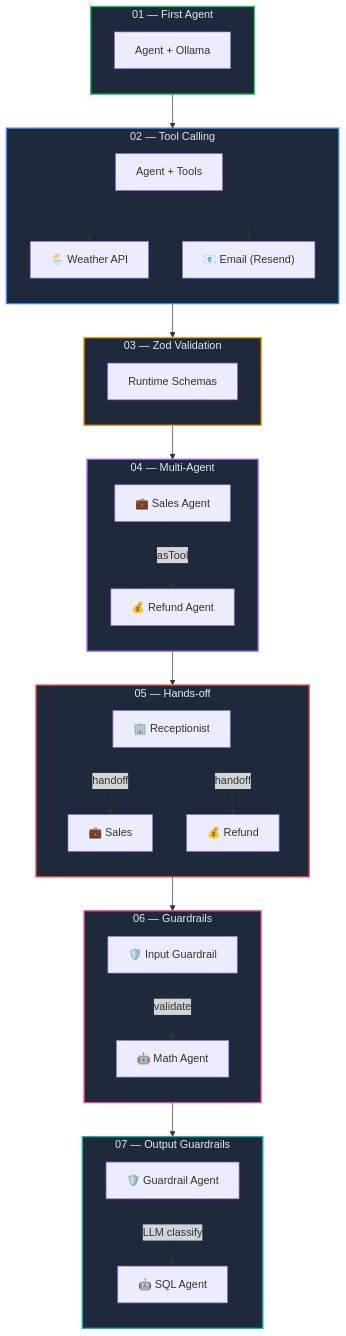
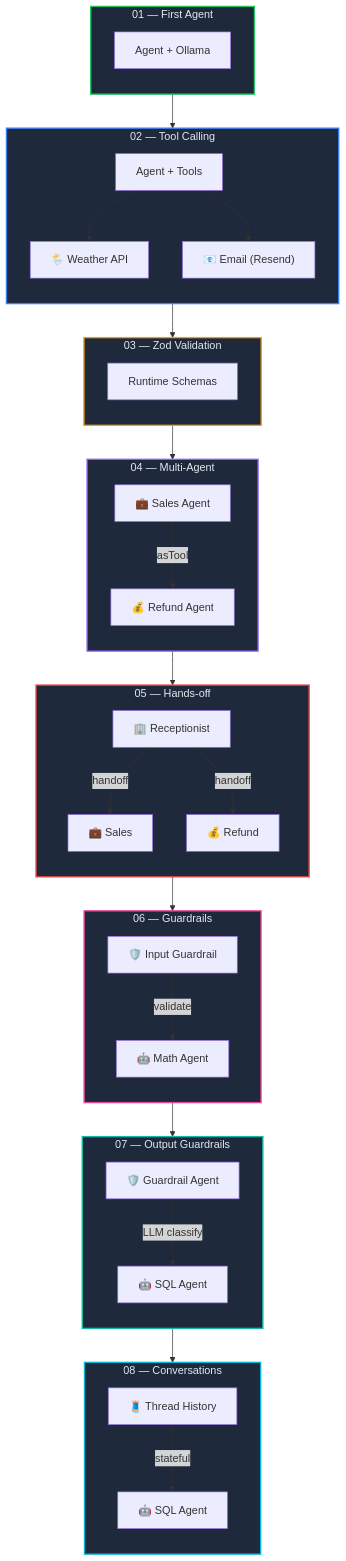
The second of 2 diagrams in 2. Advance-GenAI/12. OpenAI-Agent-SDK-Series/README.md (SanidhyaGupta-10/GenerativeAI-MasterClass-with-JS-TS), drawn with Mermaid before and after one commit. The commit also changed other lines of this file and 1 other file, not shown here.

Commit message:
feat: add README documentation for the OpenAI Agent SDK series and initialize chapter 08

````diff
--- a/2. Advance-GenAI/12. OpenAI-Agent-SDK-Series/README.md
+++ b/2. Advance-GenAI/12. OpenAI-Agent-SDK-Series/README.md
@@ -244,61 +276,69 @@
 ```mermaid
 flowchart TD
     subgraph CH01["01 — First Agent"]
         direction TB
         C1["Agent + Ollama"]
     end
 
     subgraph CH02["02 — Tool Calling"]
         direction TB
         C2["Agent + Tools"]
         C2T1["🌦️ Weather API"]
         C2T2["📧 Email (Resend)"]
         C2 --> C2T1
         C2 --> C2T2
     end
 
     subgraph CH03["03 — Zod Validation"]
         direction TB
         C3["Runtime Schemas"]
     end
 
     subgraph CH04["04 — Multi-Agent"]
         direction TB
         C4S["💼 Sales Agent"]
         C4R["💰 Refund Agent"]
         C4S -->|asTool| C4R
     end
 
     subgraph CH05["05 — Hands-off"]
         direction TB
         C5REC["🏢 Receptionist"]
         C5S["💼 Sales"]
         C5R["💰 Refund"]
         C5REC -->|handoff| C5S
         C5REC -->|handoff| C5R
     end
 
     subgraph CH06["06 — Guardrails"]
         direction TB
         C6G["🛡️ Input Guardrail"]
         C6A["🤖 Math Agent"]
         C6G -->|validate| C6A
     end
 
     subgraph CH07["07 — Output Guardrails"]
         direction TB
         C7G["🛡️ Guardrail Agent"]
         C7A["🤖 SQL Agent"]
         C7G -->|LLM classify| C7A
     end
 
-    CH01 --> CH02 --> CH03 --> CH04 --> CH05 --> CH06 --> CH07
+    subgraph CH08["08 — Conversations"]
+        direction TB
+        C8T["🧵 Thread History"]
+        C8A["🤖 SQL Agent"]
+        C8T -->|stateful| C8A
+    end
+
+    CH01 --> CH02 --> CH03 --> CH04 --> CH05 --> CH06 --> CH07 --> CH08
 
     style CH01 fill:#1e293b,stroke:#22c55e,stroke-width:2px,color:#e2e8f0
     style CH02 fill:#1e293b,stroke:#3b82f6,stroke-width:2px,color:#e2e8f0
     style CH03 fill:#1e293b,stroke:#f59e0b,stroke-width:2px,color:#e2e8f0
     style CH04 fill:#1e293b,stroke:#8b5cf6,stroke-width:2px,color:#e2e8f0
     style CH05 fill:#1e293b,stroke:#ef4444,stroke-width:2px,color:#e2e8f0
     style CH06 fill:#1e293b,stroke:#ec4899,stroke-width:2px,color:#e2e8f0
     style CH07 fill:#1e293b,stroke:#14b8a6,stroke-width:2px,color:#e2e8f0
+    style CH08 fill:#1e293b,stroke:#06b6d4,stroke-width:2px,color:#e2e8f0
 ```
````
